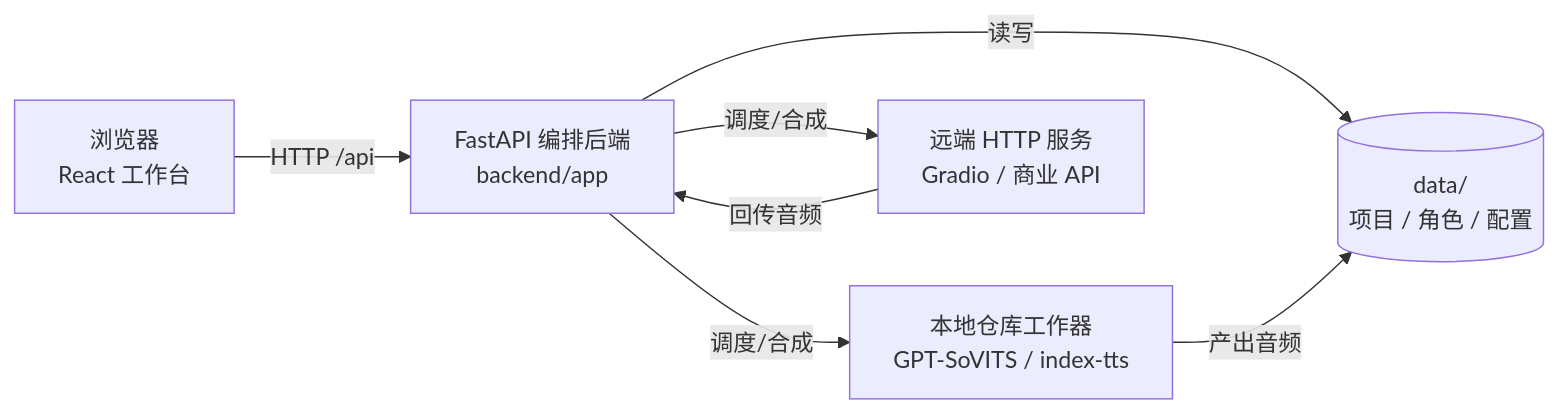
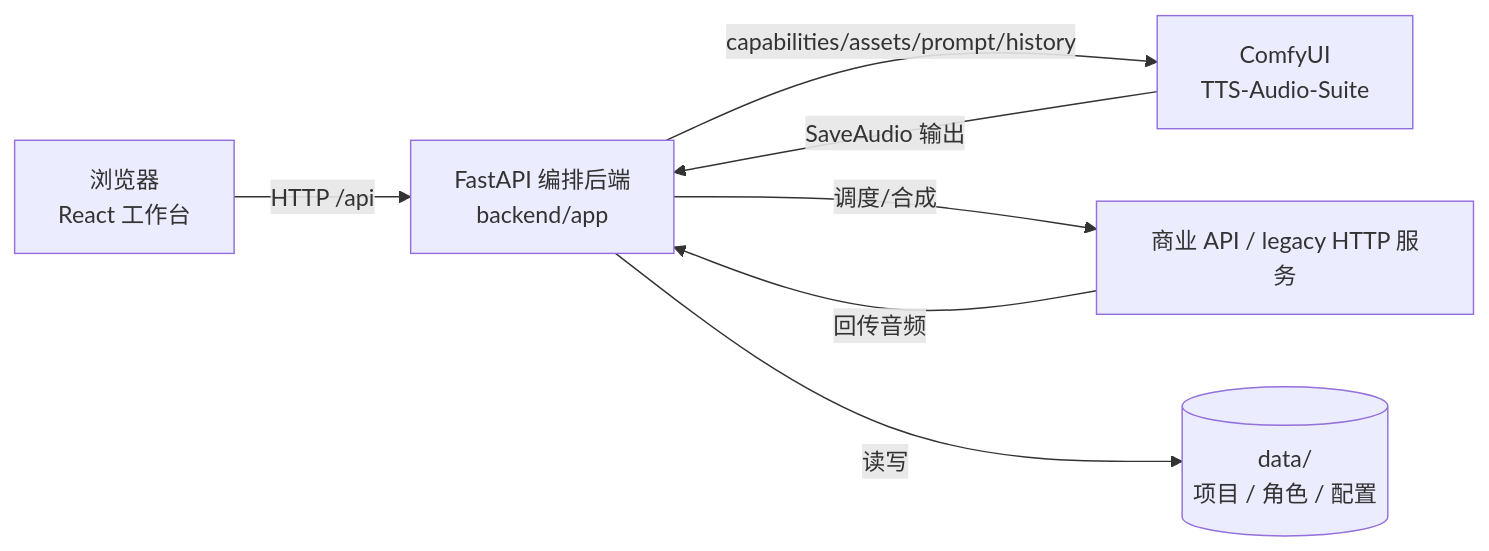
The first of 3 diagrams in docs/architecture.md (XucroYuri/TTS_more), drawn with Mermaid before and after one commit. The commit also changed other lines of this file and 3 other files, not shown here.

````diff
--- a/docs/architecture.md
+++ b/docs/architecture.md
@@ -7,9 +7,9 @@
 ```mermaid
 flowchart LR
     Browser[浏览器<br/>React 工作台] -- HTTP /api --> Backend[FastAPI 编排后端<br/>backend/app]
-    Backend -- 调度/合成 --> LocalRepo[本地仓库工作器<br/>GPT-SoVITS / index-tts]
-    Backend -- 调度/合成 --> Remote[远端 HTTP 服务<br/>Gradio / 商业 API]
+    Backend -- capabilities/assets/prompt/history --> ComfyUI[ComfyUI<br/>TTS-Audio-Suite]
+    Backend -- 调度/合成 --> Remote[商业 API / legacy HTTP 服务]
     Backend -- 读写 --> Data[(data/<br/>项目 / 角色 / 配置)]
-    LocalRepo -- 产出音频 --> Data
+    ComfyUI -- SaveAudio 输出 --> Backend
     Remote -- 回传音频 --> Backend
 ```
````
